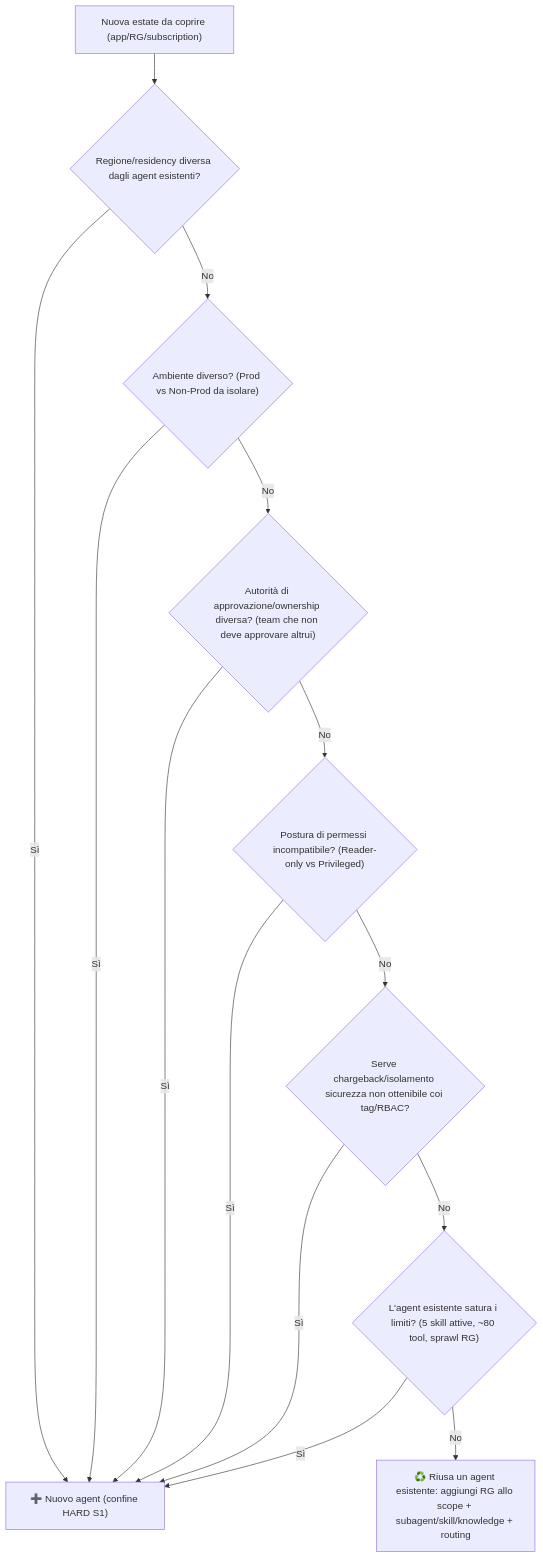
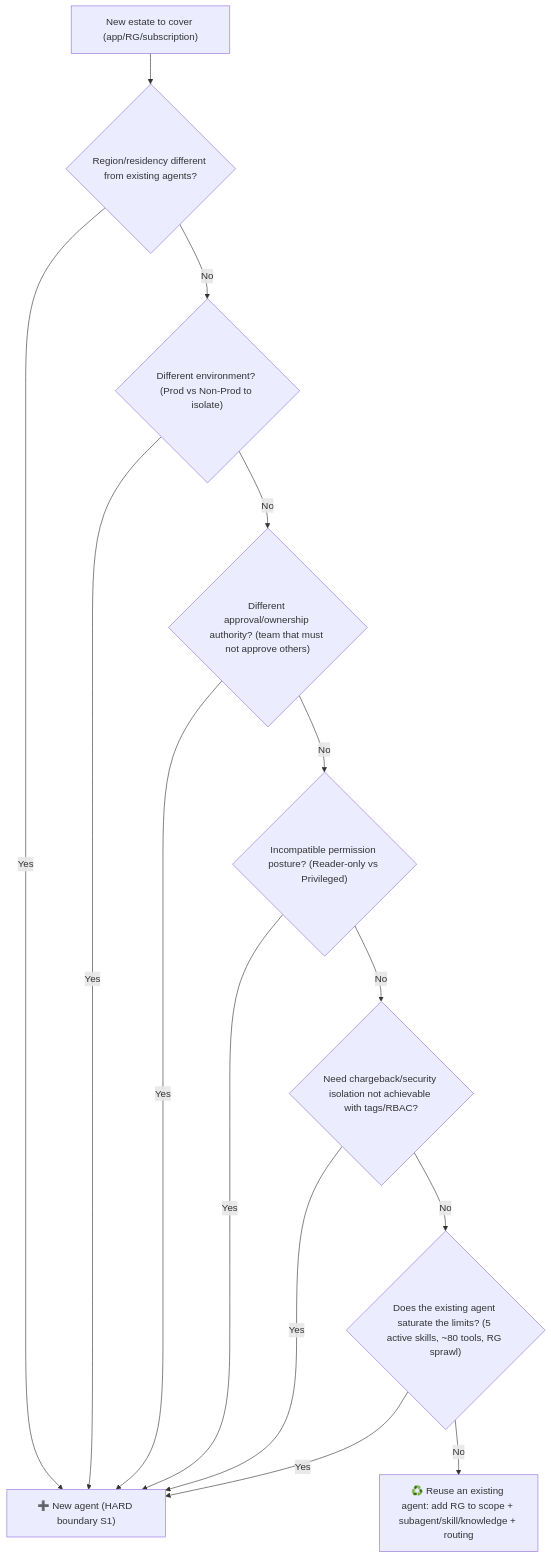
The seventh of 11 diagrams in Coach/Solutions/docs/azure-sre-agent/architectural-guide-lines/azure-sre-agent-fleet-architecture-guidelines.md (microsoft/frontier-sre-agent-rvas), drawn with Mermaid before and after one commit. The commit also changed other lines of this file and 2 other files, not shown here.

````diff
--- a/Coach/Solutions/docs/azure-sre-agent/architectural-guide-lines/azure-sre-agent-fleet-architecture-guidelines.md
+++ b/Coach/Solutions/docs/azure-sre-agent/architectural-guide-lines/azure-sre-agent-fleet-architecture-guidelines.md
@@ -695,16 +695,16 @@
 ```mermaid
 flowchart TD
-  START["Nuova estate da coprire (app/RG/subscription)"] --> Q1{"Regione/residency diversa dagli agent esistenti?"}
-  Q1 -->|Sì| NEW["➕ Nuovo agent (confine HARD S1)"]
-  Q1 -->|No| Q2{"Ambiente diverso? (Prod vs Non-Prod da isolare)"}
-  Q2 -->|Sì| NEW
-  Q2 -->|No| Q3{"Autorità di approvazione/ownership diversa? (team che non deve approvare altrui)"}
-  Q3 -->|Sì| NEW
-  Q3 -->|No| Q4{"Postura di permessi incompatibile? (Reader-only vs Privileged)"}
-  Q4 -->|Sì| NEW
-  Q4 -->|No| Q5{"Serve chargeback/isolamento sicurezza non ottenibile coi tag/RBAC?"}
-  Q5 -->|Sì| NEW
-  Q5 -->|No| Q6{"L'agent esistente satura i limiti? (5 skill attive, ~80 tool, sprawl RG)"}
-  Q6 -->|Sì| NEW
-  Q6 -->|No| REUSE["♻️ Riusa un agent esistente: aggiungi RG allo scope + subagent/skill/knowledge + routing"]
+  START["New estate to cover (app/RG/subscription)"] --> Q1{"Region/residency different from existing agents?"}
+  Q1 -->|Yes| NEW["➕ New agent (HARD boundary S1)"]
+  Q1 -->|No| Q2{"Different environment? (Prod vs Non-Prod to isolate)"}
+  Q2 -->|Yes| NEW
+  Q2 -->|No| Q3{"Different approval/ownership authority? (team that must not approve others)"}
+  Q3 -->|Yes| NEW
+  Q3 -->|No| Q4{"Incompatible permission posture? (Reader-only vs Privileged)"}
+  Q4 -->|Yes| NEW
+  Q4 -->|No| Q5{"Need chargeback/security isolation not achievable with tags/RBAC?"}
+  Q5 -->|Yes| NEW
+  Q5 -->|No| Q6{"Does the existing agent saturate the limits? (5 active skills, ~80 tools, RG sprawl)"}
+  Q6 -->|Yes| NEW
+  Q6 -->|No| REUSE["♻️ Reuse an existing agent: add RG to scope + subagent/skill/knowledge + routing"]
 ```
````
